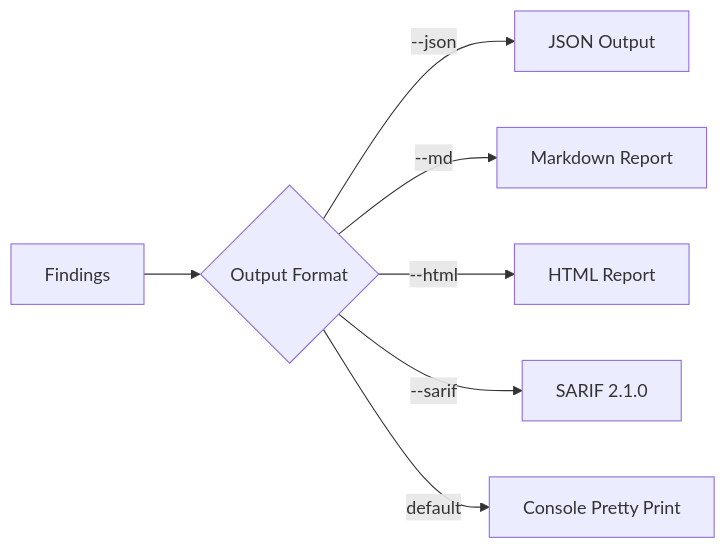
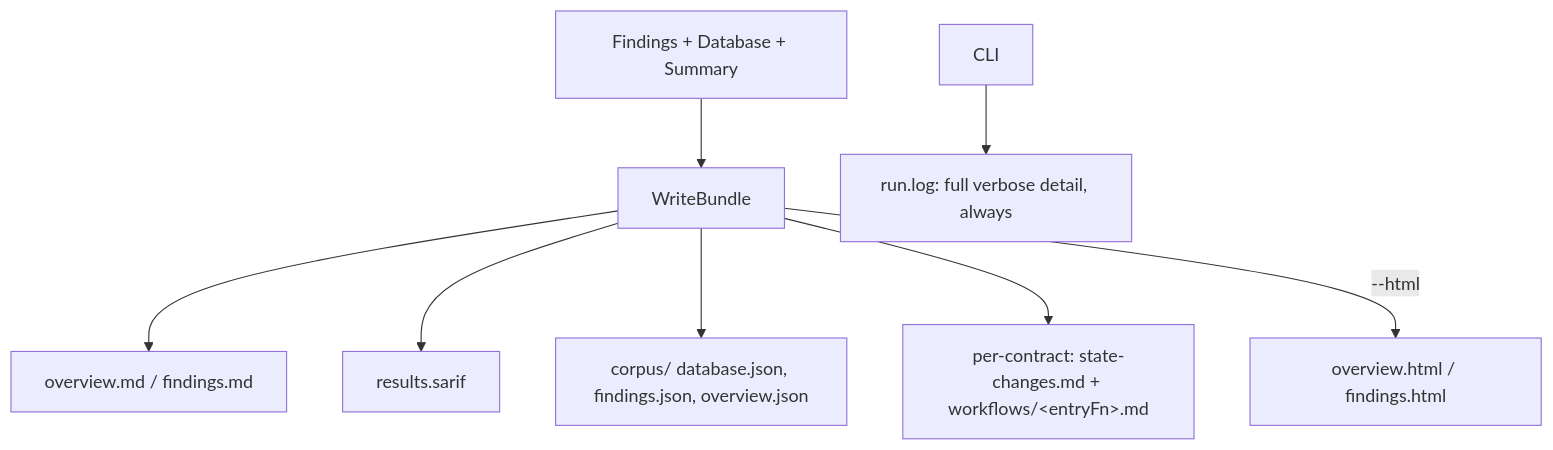
Before and after one commit to th13vn/w3goaudit: the fourth of 8 diagrams in docs/workflows.md, drawn with Mermaid. The commit also changed other lines of this file and 374 other files, not shown here.

````diff
--- a/docs/workflows.md
+++ b/docs/workflows.md
@@ -166,9 +195,10 @@
 ```mermaid
-graph LR
-    A[Findings] --> B{Output Format}
-    B -->|--json| C[JSON Output]
-    B -->|--md| D[Markdown Report]
-    B -->|--html| E[HTML Report]
-    B -->|--sarif| G[SARIF 2.1.0]
-    B -->|default| F[Console Pretty Print]
+graph TD
+    A[Findings + Database + Summary] --> B[WriteBundle]
+    B --> C[overview.md / findings.md]
+    B --> D[results.sarif]
+    B --> E[corpus/ database.json, findings.json, overview.json]
+    B --> F["per-contract: state-changes.md + workflows/&lt;entryFn&gt;.md"]
+    B -->|--html| G[overview.html / findings.html]
+    H[CLI] --> I[run.log: full verbose detail, always]
 ```
````
